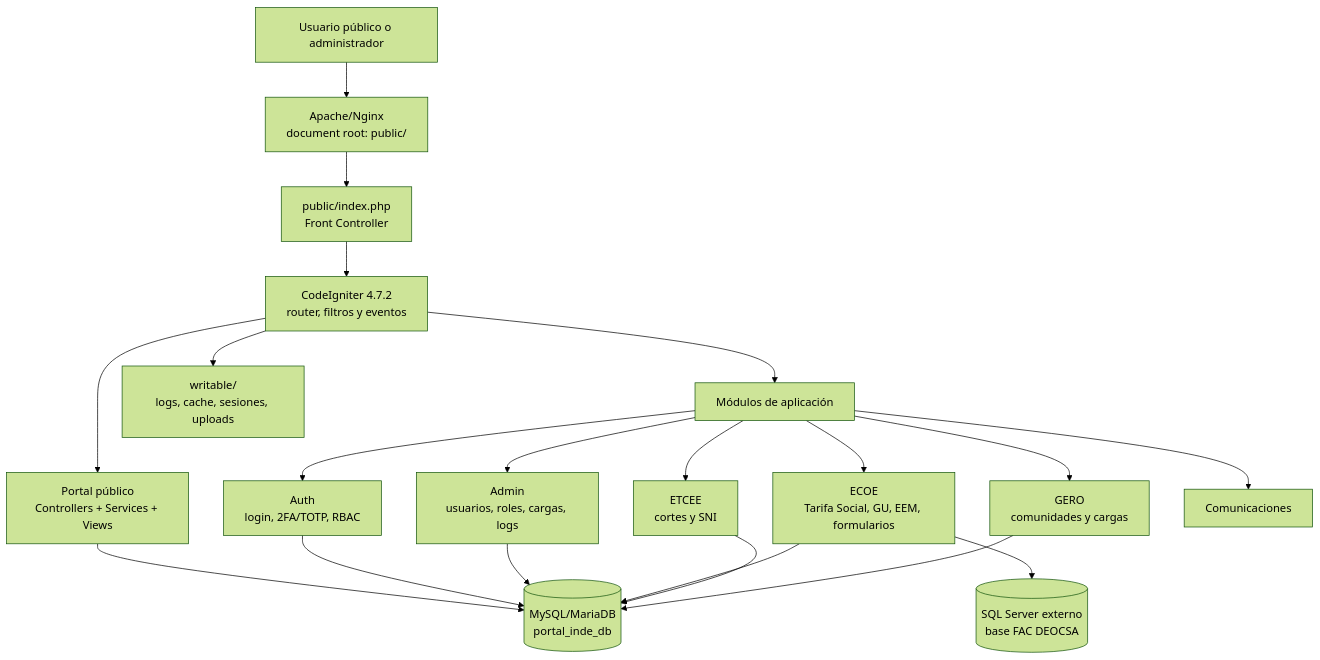
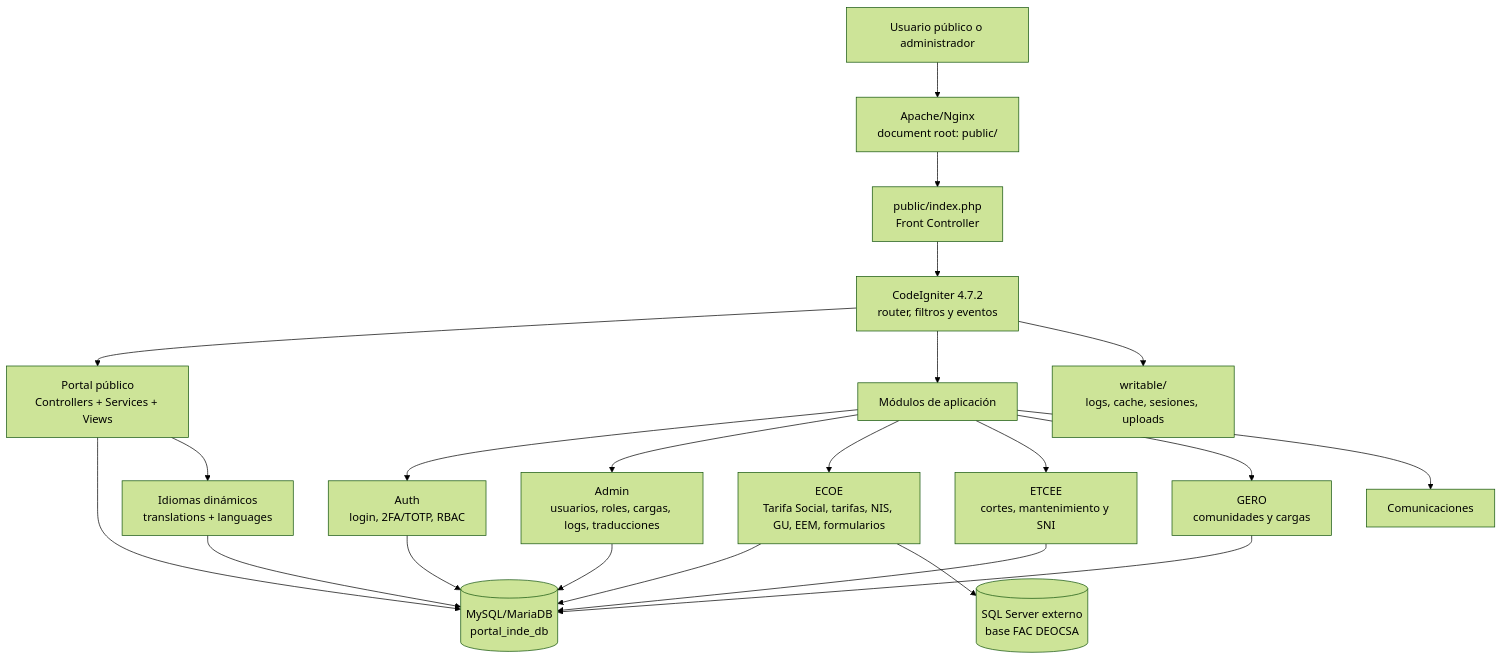
The diagram in MANUAL_TECNICO.md (Gero72-2025/inde_gestiones), drawn with Mermaid (forest theme) before and after one commit. The commit also changed other lines of this file and 52 other files, not shown here.

Commit message:
feat: implementa auto_update avanzado, migraciones core, instalador seguro y mejoras en modulos ECOE/ETCEE

````diff
--- a/MANUAL_TECNICO.md
+++ b/MANUAL_TECNICO.md
@@ -11,22 +11,24 @@
 ```mermaid
 graph TD
     U[Usuario público o administrador] --> WEB[Apache/Nginx<br/>document root: public/]
     WEB --> FC[public/index.php<br/>Front Controller]
     FC --> CI[CodeIgniter 4.7.2<br/>router, filtros y eventos]
     CI --> PUB[Portal público<br/>Controllers + Services + Views]
     CI --> MOD[Módulos de aplicación]
     MOD --> AUTH[Auth<br/>login, 2FA/TOTP, RBAC]
-    MOD --> ADM[Admin<br/>usuarios, roles, cargas, logs]
-    MOD --> ECOE[ECOE<br/>Tarifa Social, GU, EEM, formularios]
-    MOD --> ETCEE[ETCEE<br/>cortes y SNI]
+    MOD --> ADM[Admin<br/>usuarios, roles, cargas, logs, traducciones]
+    MOD --> ECOE[ECOE<br/>Tarifa Social, tarifas, NIS, GU, EEM, formularios]
+    MOD --> ETCEE[ETCEE<br/>cortes, mantenimiento y SNI]
     MOD --> GERO[GERO<br/>comunidades y cargas]
     MOD --> COM[Comunicaciones]
     PUB --> MYSQL[(MySQL/MariaDB<br/>portal_inde_db)]
     AUTH --> MYSQL
     ADM --> MYSQL
     ECOE --> MYSQL
     ETCEE --> MYSQL
     GERO --> MYSQL
     ECOE --> SQLSRV[(SQL Server externo<br/>base FAC DEOCSA)]
+    PUB --> I18N[Idiomas dinámicos<br/>translations + languages]
+    I18N --> MYSQL
     CI --> WR[writable/<br/>logs, cache, sesiones, uploads]
 ```
````
